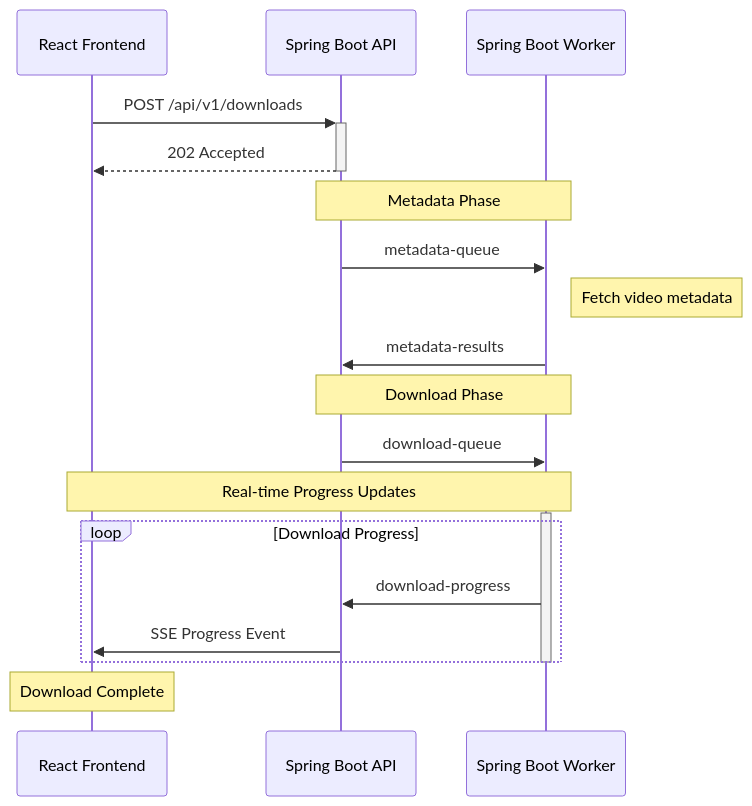
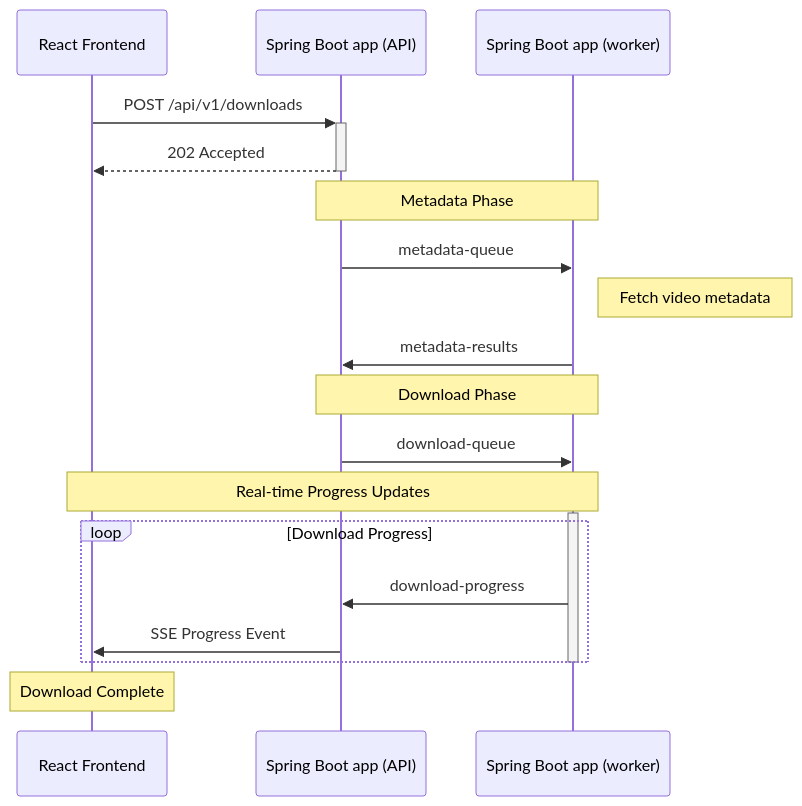
The first of 2 diagrams in README.md (oliverilp/tailkeep-java), drawn with Mermaid before and after one commit. The commit also changed other lines of this file and 8 other files, not shown here.

````diff
--- a/README.md
+++ b/README.md
@@ -61,27 +60,27 @@
 ```mermaid
 sequenceDiagram
     participant R as React Frontend
-    participant A as Spring Boot API
-    participant W as Spring Boot Worker
+    participant A as Spring Boot app (API)
+    participant W as Spring Boot app (worker)
 
     R->>+A: POST /api/v1/downloads
     A-->>-R: 202 Accepted
 
     Note over A,W: Metadata Phase
     A->>W: metadata-queue
     Note right of W: Fetch video metadata
     W->>A: metadata-results
 
     Note over A,W: Download Phase
     A->>W: download-queue
 
     Note over R,W: Real-time Progress Updates
     activate W
     loop Download Progress
         W->>A: download-progress
         A->>R: SSE Progress Event
     end
     deactivate W
 
     Note over R: Download Complete
 ```
````
